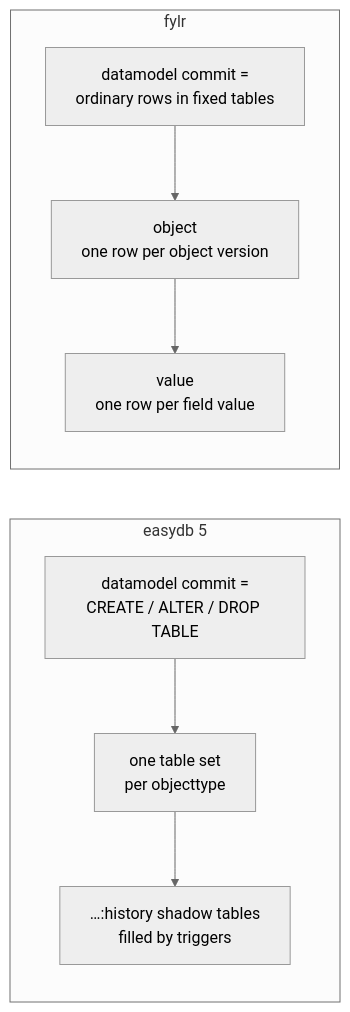
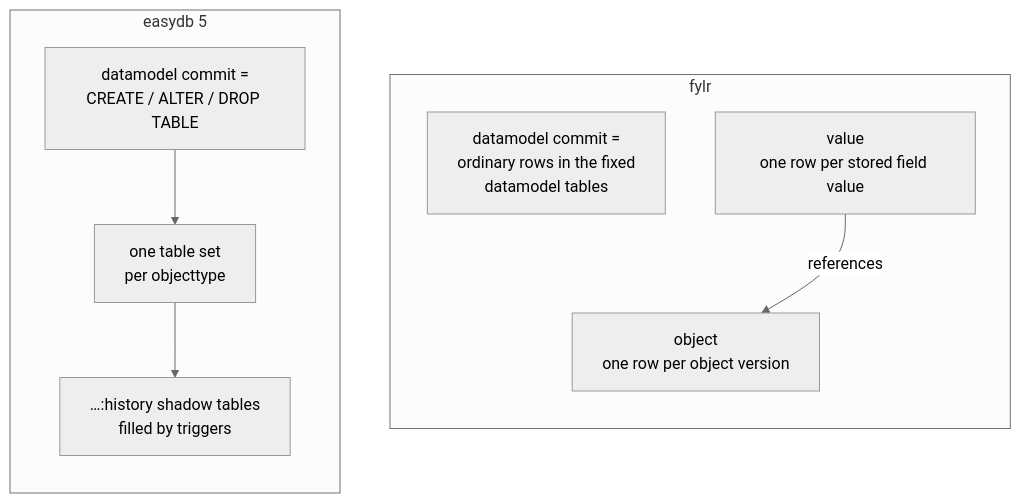
Before and after one commit to programmfabrik/fylr-gitbook: the second of 3 diagrams in for-developers/changes-easydb5-fylr.md, drawn with Mermaid (neutral theme). The commit also changed other lines of this file, not shown here.

First line of the commit message:
docs: review fixes — side-by-side diagrams, OAuth2 client-migration story, corrected claims

````diff
--- a/for-developers/changes-easydb5-fylr.md
+++ b/for-developers/changes-easydb5-fylr.md
@@ -64,13 +65,14 @@
 ```mermaid
 flowchart LR
     subgraph ez5db ["easydb 5"]
         direction TB
         DDL["datamodel commit =<br/>CREATE / ALTER / DROP TABLE"] --> T1["one table set<br/>per objecttype"]
         T1 --> H1["…:history shadow tables<br/>filled by triggers"]
     end
     subgraph fydb ["fylr"]
         direction TB
-        DM["datamodel commit =<br/>ordinary rows in fixed tables"] --> OBJ["object<br/>one row per object version"]
-        OBJ --> VAL["value<br/>one row per field value"]
+        DM["datamodel commit =<br/>ordinary rows in the fixed<br/>datamodel tables"] ~~~ OBJ["object<br/>one row per object version"]
+        VAL["value<br/>one row per stored field value"] -->|references| OBJ
     end
+    ez5db ~~~ fydb
 ```
````
